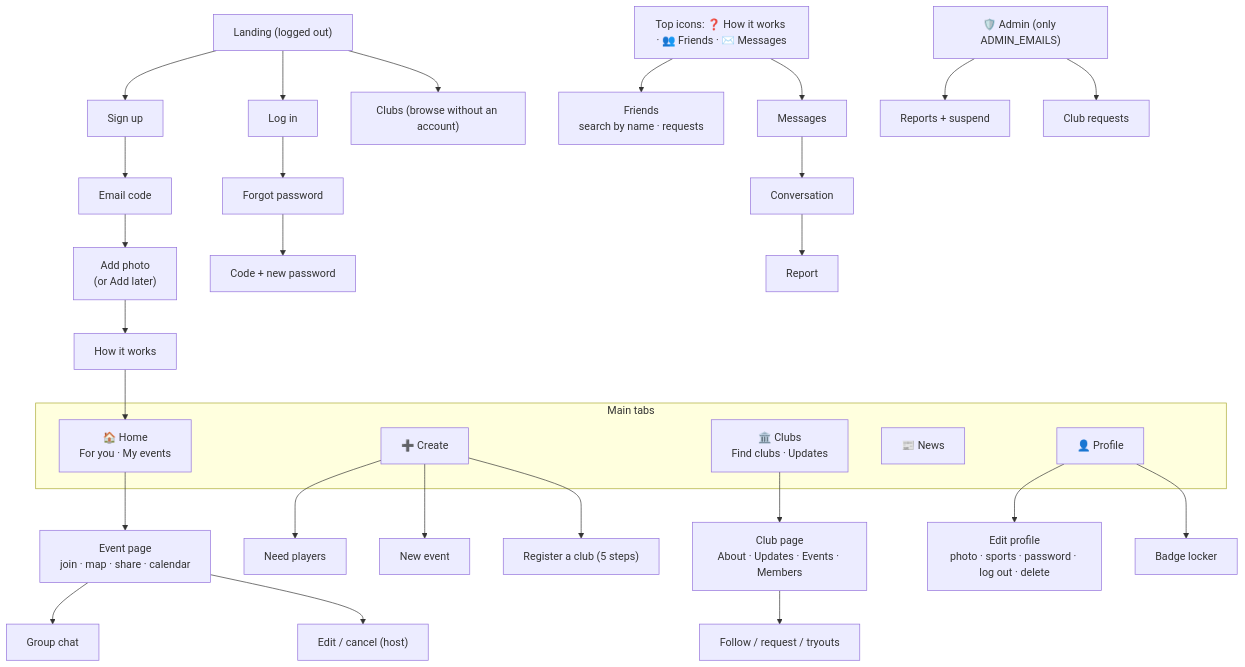
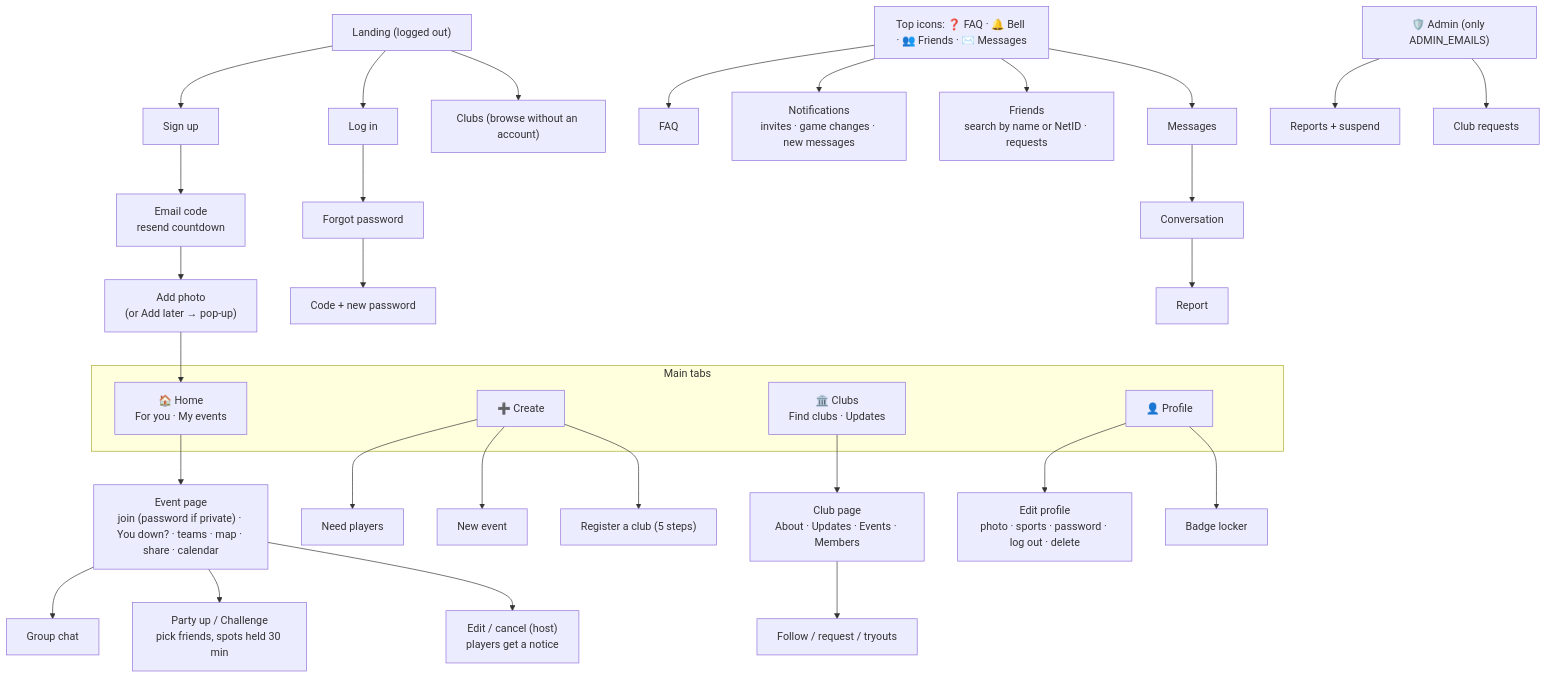
One commit to ABkulog/sportive-circle changed the second of 9 diagrams in docs/system-map.md. Above: the diagram before and after it, drawn with Mermaid. The commit also changed other lines of this file and 8 other files, not shown here.

````diff
--- a/docs/system-map.md
+++ b/docs/system-map.md
@@ -72,33 +72,34 @@
 ```mermaid
 flowchart TB
-    Landing["Landing (logged out)"] --> Signup["Sign up"] --> Verify["Email code"] --> Photo["Add photo<br/>(or Add later)"] --> How["How it works"]
+    Landing["Landing (logged out)"] --> Signup["Sign up"] --> Verify["Email code<br/>resend countdown"] --> Photo["Add photo<br/>(or Add later → pop-up)"] --> Home
     Landing --> Login["Log in"] --> Forgot["Forgot password"] --> Reset["Code + new password"]
     Landing --> ClubsPublic["Clubs (browse without an account)"]
 
     subgraph Tabs["Main tabs"]
         Home["🏠 Home<br/>For you · My events"]
         Clubs["🏛️ Clubs<br/>Find clubs · Updates"]
         Create["➕ Create"]
-        News["📰 News"]
         Profile["👤 Profile"]
     end
-    How --> Home
 
-    Home --> Event["Event page<br/>join · map · share · calendar"]
+    Home --> Event["Event page<br/>join (password if private) · You down? · teams · map · share · calendar"]
     Event --> Chat["Group chat"]
-    Event --> Edit["Edit / cancel (host)"]
+    Event --> Party["Party up / Challenge<br/>pick friends, spots held 30 min"]
+    Event --> Edit["Edit / cancel (host)<br/>players get a notice"]
     Create --> Quick["Need players"]
     Create --> NewEvent["New event"]
     Create --> RegisterClub["Register a club (5 steps)"]
     Clubs --> Club["Club page<br/>About · Updates · Events · Members"]
     Club --> Join["Follow / request / tryouts"]
     Profile --> EditProfile["Edit profile<br/>photo · sports · password · log out · delete"]
     Profile --> Locker["Badge locker"]
 
-    TopIcons["Top icons: ❓ How it works · 👥 Friends · ✉️ Messages"]
-    TopIcons --> Friends["Friends<br/>search by name · requests"]
+    TopIcons["Top icons: ❓ FAQ · 🔔 Bell · 👥 Friends · ✉️ Messages"]
+    TopIcons --> FAQ["FAQ"]
+    TopIcons --> Bell["Notifications<br/>invites · game changes · new messages"]
+    TopIcons --> Friends["Friends<br/>search by name or NetID · requests"]
     TopIcons --> Inbox["Messages"] --> Thread["Conversation"]
     Thread --> Report["Report"]
     Admin["🛡️ Admin (only ADMIN_EMAILS)"] --> Reports["Reports + suspend"]
     Admin --> ClubReview["Club requests"]
 ```
````
